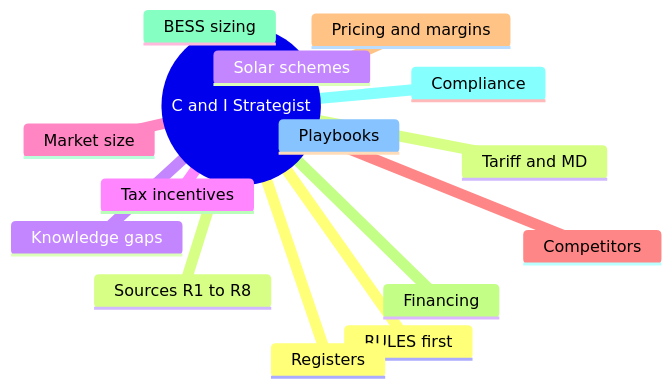
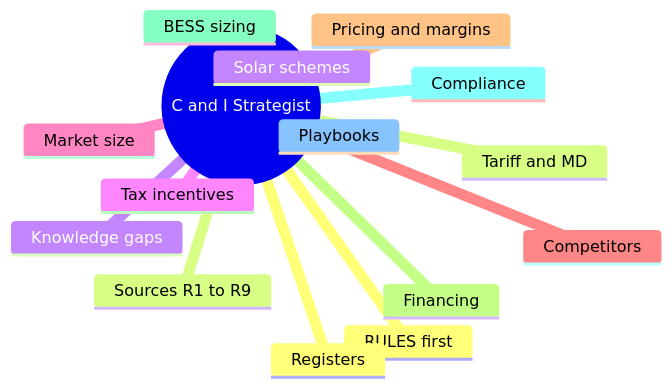
One commit to Zhihong0321/C-I-Business-Strategist changed the diagram in README.md. Above: the diagram before and after it, drawn with Mermaid. The commit also changed other lines of this file and 27 other files, not shown here.

````diff
--- a/README.md
+++ b/README.md
@@ -8,18 +8,18 @@
 ```mermaid
 mindmap
   root((C and I Strategist))
     RULES first
     Tariff and MD
     Solar schemes
     Tax incentives
     Market size
     Competitors
     Pricing and margins
     Financing
     BESS sizing
     Compliance
     Playbooks
     Registers
-    Sources R1 to R8
+    Sources R1 to R9
     Knowledge gaps
 ```
````
